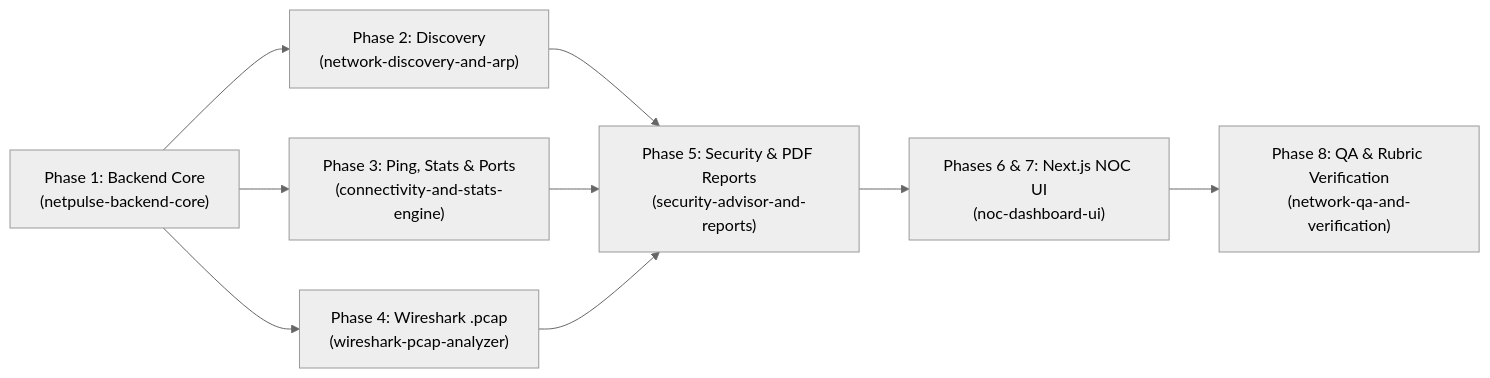
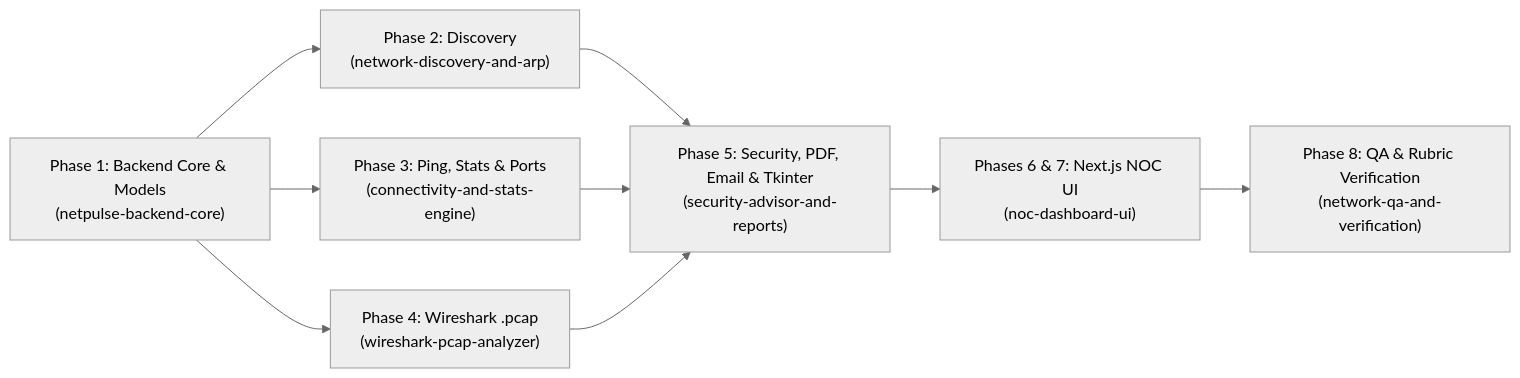
Before and after one commit to dallqq/sir-orly: the diagram in implementation-plan/04-AGENTIC-SKILLS-WORKFLOW.md, drawn with Mermaid (neutral theme). The commit also changed other lines of this file and 11 other files, not shown here.

````diff
--- a/implementation-plan/04-AGENTIC-SKILLS-WORKFLOW.md
+++ b/implementation-plan/04-AGENTIC-SKILLS-WORKFLOW.md
@@ -30,9 +30,9 @@
 ```mermaid
 flowchart LR
-    P1["Phase 1: Backend Core\n(netpulse-backend-core)"] --> P2["Phase 2: Discovery\n(network-discovery-and-arp)"]
+    P1["Phase 1: Backend Core & Models\n(netpulse-backend-core)"] --> P2["Phase 2: Discovery\n(network-discovery-and-arp)"]
     P1 --> P3["Phase 3: Ping, Stats & Ports\n(connectivity-and-stats-engine)"]
     P1 --> P4["Phase 4: Wireshark .pcap\n(wireshark-pcap-analyzer)"]
-    P2 & P3 & P4 --> P5["Phase 5: Security & PDF Reports\n(security-advisor-and-reports)"]
+    P2 & P3 & P4 --> P5["Phase 5: Security, PDF, Email & Tkinter\n(security-advisor-and-reports)"]
     P5 --> P6["Phases 6 & 7: Next.js NOC UI\n(noc-dashboard-ui)"]
     P6 --> P8["Phase 8: QA & Rubric Verification\n(network-qa-and-verification)"]
 ```
````
